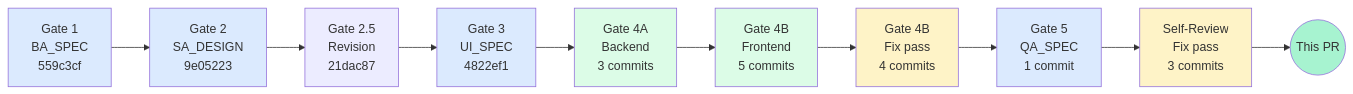
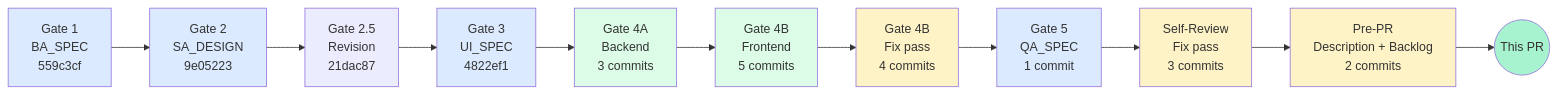
The first of 2 diagrams in docs/features/master-plan-project-lookup/PR_DESCRIPTION.md (DuyNguyenbhsh/SHERP), drawn with Mermaid before and after one commit. The commit also changed other lines of this file, not shown here.

First line of the commit message:
docs(master-plan): fix PR description Mermaid render + commit count

````diff
--- a/docs/features/master-plan-project-lookup/PR_DESCRIPTION.md
+++ b/docs/features/master-plan-project-lookup/PR_DESCRIPTION.md
@@ -22,22 +22,24 @@
 ```mermaid
 flowchart LR
     G1[Gate 1<br/>BA_SPEC<br/>559c3cf] --> G2[Gate 2<br/>SA_DESIGN<br/>9e05223]
     G2 --> G2b[Gate 2.5<br/>Revision<br/>21dac87]
     G2b --> G3[Gate 3<br/>UI_SPEC<br/>4822ef1]
     G3 --> G4A[Gate 4A<br/>Backend<br/>3 commits]
     G4A --> G4B[Gate 4B<br/>Frontend<br/>5 commits]
     G4B --> G4Bfix[Gate 4B<br/>Fix pass<br/>4 commits]
     G4Bfix --> G5[Gate 5<br/>QA_SPEC<br/>1 commit]
     G5 --> SR[Self-Review<br/>Fix pass<br/>3 commits]
-    SR --> PR((This PR))
+    SR --> Final[Pre-PR<br/>Description + Backlog<br/>2 commits]
+    Final --> PR((This PR))
 
     style G1 fill:#dbeafe
     style G2 fill:#dbeafe
     style G3 fill:#dbeafe
     style G4A fill:#dcfce7
     style G4B fill:#dcfce7
     style G4Bfix fill:#fef3c7
     style G5 fill:#dbeafe
     style SR fill:#fef3c7
+    style Final fill:#fef3c7
     style PR fill:#a7f3d0
 ```
````
